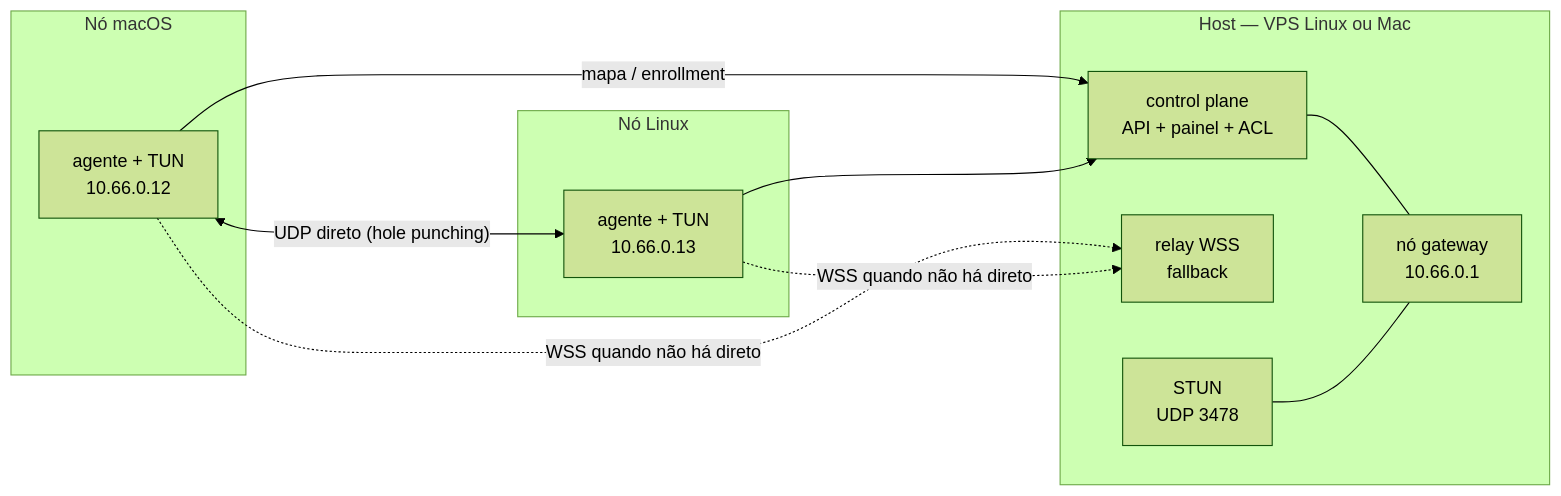
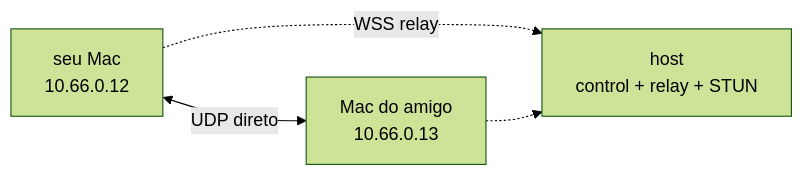
One commit to CaioFaSoares/wired-magic-tools changed the diagram in README.md. Above: the diagram before and after it, drawn with Mermaid (forest theme). The commit also changed other lines of this file and 56 other files, not shown here.

````diff
--- a/README.md
+++ b/README.md
@@ -16,22 +89,6 @@
 ```mermaid
 flowchart LR
-  subgraph H["Host — VPS Linux ou Mac"]
-    C["control plane<br/>API + painel + ACL"]
-    R["relay WSS<br/>fallback"]
-    S["STUN<br/>UDP 3478"]
-    G["nó gateway<br/>10.66.0.1"]
-  end
-  subgraph A["Nó macOS"]
-    AA["agente + TUN<br/>10.66.0.12"]
-  end
-  subgraph B["Nó Linux"]
-    BB["agente + TUN<br/>10.66.0.13"]
-  end
-  AA <-->|"UDP direto (hole punching)"| BB
-  AA -.->|"WSS quando não há direto"| R
-  BB -.->|"WSS quando não há direto"| R
-  AA -->|"mapa / enrollment"| C
-  BB --> C
-  C --- G
-  S --- G
+  A["seu Mac<br/>10.66.0.12"] <-->|"UDP direto"| B["Mac do amigo<br/>10.66.0.13"]
+  A -.->|"WSS relay"| H["host<br/>control + relay + STUN"]
+  B -.-> H
 ```
````
